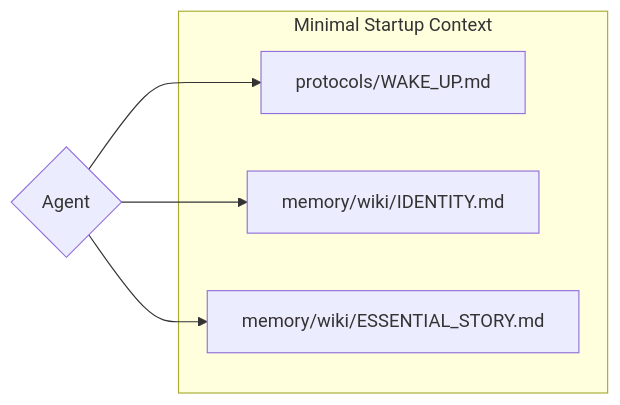
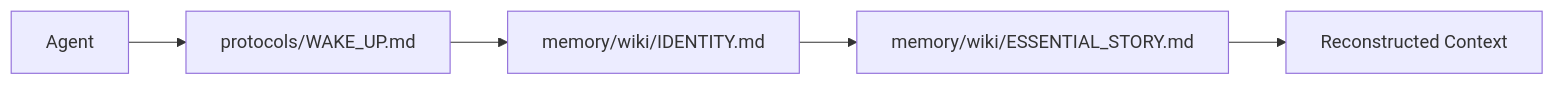
Before and after one commit to latentarts/memoid: the first of 4 diagrams in README.md, drawn with Mermaid. The commit also changed other lines of this file and 5 other files, not shown here.

````diff
--- a/README.md
+++ b/README.md
@@ -171,17 +135,7 @@
 ```mermaid
 graph LR
-    Agent{Agent}
-    WU[protocols/WAKE_UP.md]
-    ID[memory/wiki/IDENTITY.md]
-    ES[memory/wiki/ESSENTIAL_STORY.md]
-    
-    Agent --> WU
-    Agent --> ID
-    Agent --> ES
-    
-    subgraph "Minimal Startup Context"
-    WU
-    ID
-    ES
-    end
+    A[Agent] --> B[protocols/WAKE_UP.md]
+    B --> C[memory/wiki/IDENTITY.md]
+    C --> D[memory/wiki/ESSENTIAL_STORY.md]
+    D --> E[Reconstructed Context]
 ```
````
